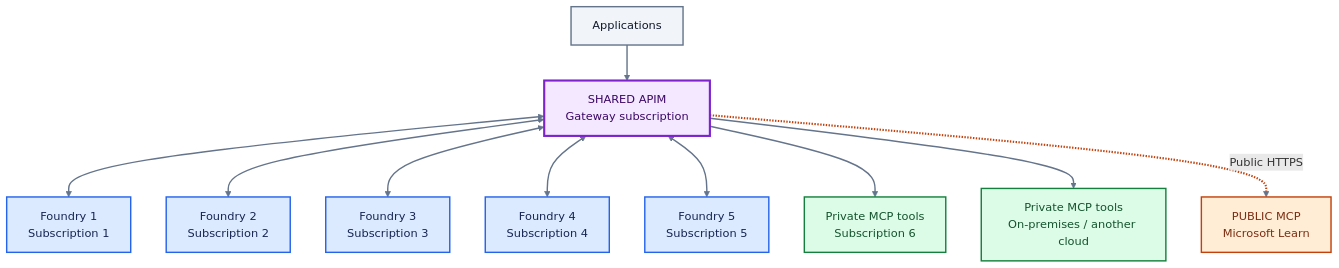
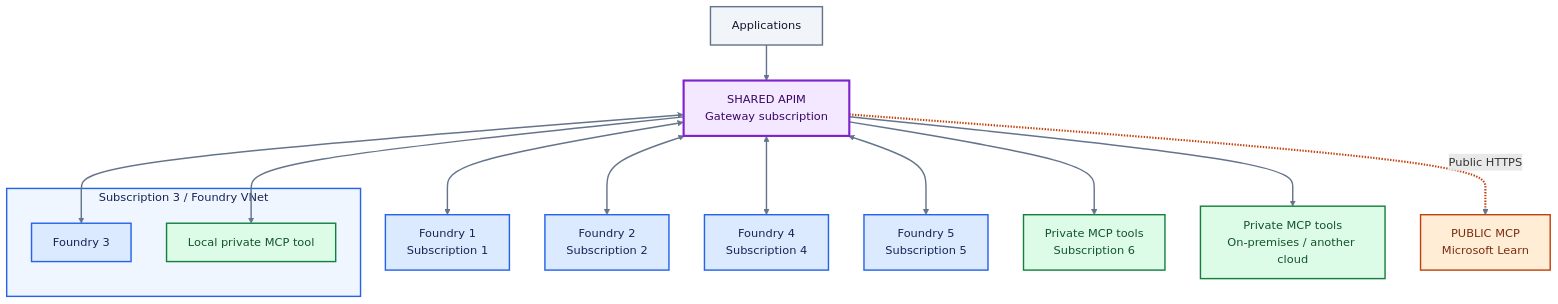
One commit to memasanz/foundry-ai-landing-zone changed the first of 2 diagrams in architecture.md. Above: the diagram before and after it, drawn with Mermaid. The commit also changed other lines of this file and 1 other file, not shown here.

````diff
--- a/architecture.md
+++ b/architecture.md
@@ -23,39 +30,44 @@
 ```mermaid
 flowchart TB
     Apps["Applications"]
     APIM["SHARED APIM<br/>Gateway subscription"]
 
     F1["Foundry 1<br/>Subscription 1"]
     F2["Foundry 2<br/>Subscription 2"]
-    F3["Foundry 3<br/>Subscription 3"]
+    subgraph Sub3["Subscription 3 / Foundry VNet"]
+        F3["Foundry 3"]
+        Local["Local private MCP tool"]
+    end
     F4["Foundry 4<br/>Subscription 4"]
     F5["Foundry 5<br/>Subscription 5"]
 
     Private["Private MCP tools<br/>Subscription 6"]
     Remote["Private MCP tools<br/>On-premises / another cloud"]
     Learn["PUBLIC MCP<br/>Microsoft Learn"]
 
     Apps --> APIM
     APIM <--> F1
     APIM <--> F2
     APIM <--> F3
     APIM <--> F4
     APIM <--> F5
     APIM --> Private
     APIM --> Remote
+    APIM --> Local
     APIM -.->|"Public HTTPS"| Learn
 
     classDef gateway fill:#F3E8FF,stroke:#7E22CE,stroke-width:3px,color:#3B0764
     classDef foundry fill:#DBEAFE,stroke:#2563EB,stroke-width:2px,color:#172554
     classDef privateTool fill:#DCFCE7,stroke:#15803D,stroke-width:2px,color:#14532D
     classDef publicTool fill:#FFEDD5,stroke:#C2410C,stroke-width:2px,color:#7C2D12
     classDef client fill:#F1F5F9,stroke:#64748B,stroke-width:2px,color:#0F172A
 
     class APIM gateway
     class F1,F2,F3,F4,F5 foundry
-    class Private,Remote privateTool
+    class Private,Remote,Local privateTool
     class Learn publicTool
     class Apps client
     linkStyle default stroke:#64748B,stroke-width:2px
-    linkStyle 8 stroke:#C2410C,stroke-width:3px
+    style Sub3 fill:#EFF6FF,stroke:#2563EB,stroke-width:2px,color:#172554
+    linkStyle 9 stroke:#C2410C,stroke-width:3px
 ```
````
